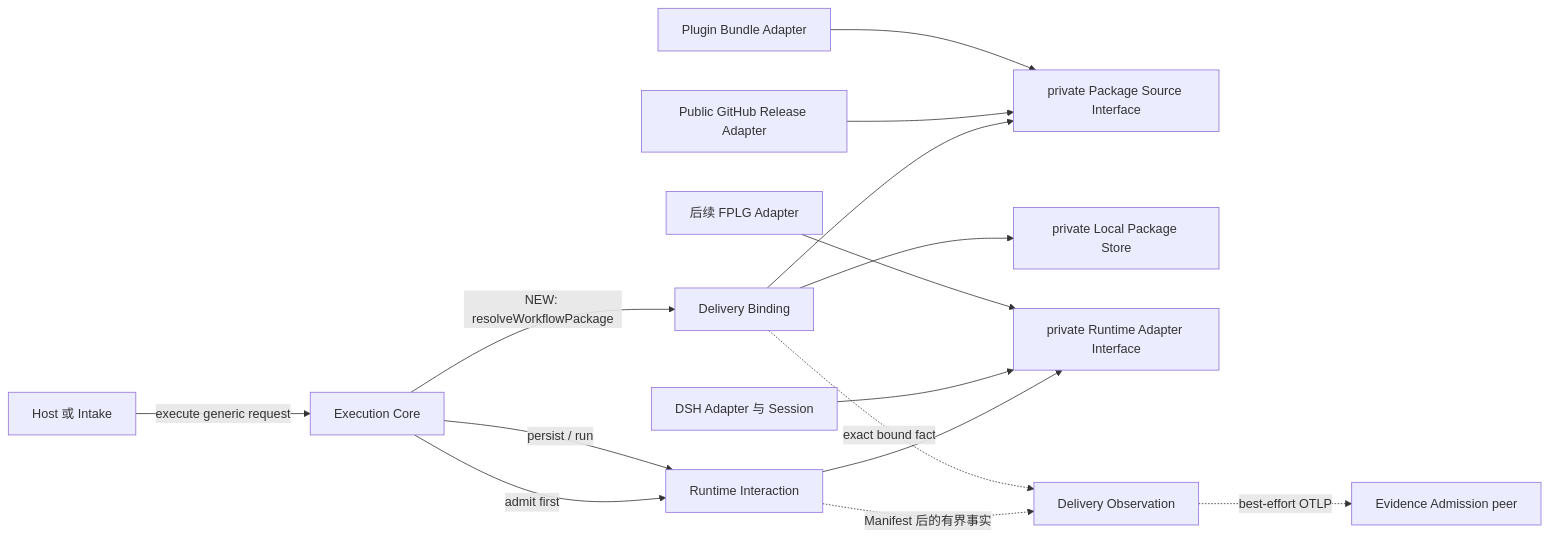
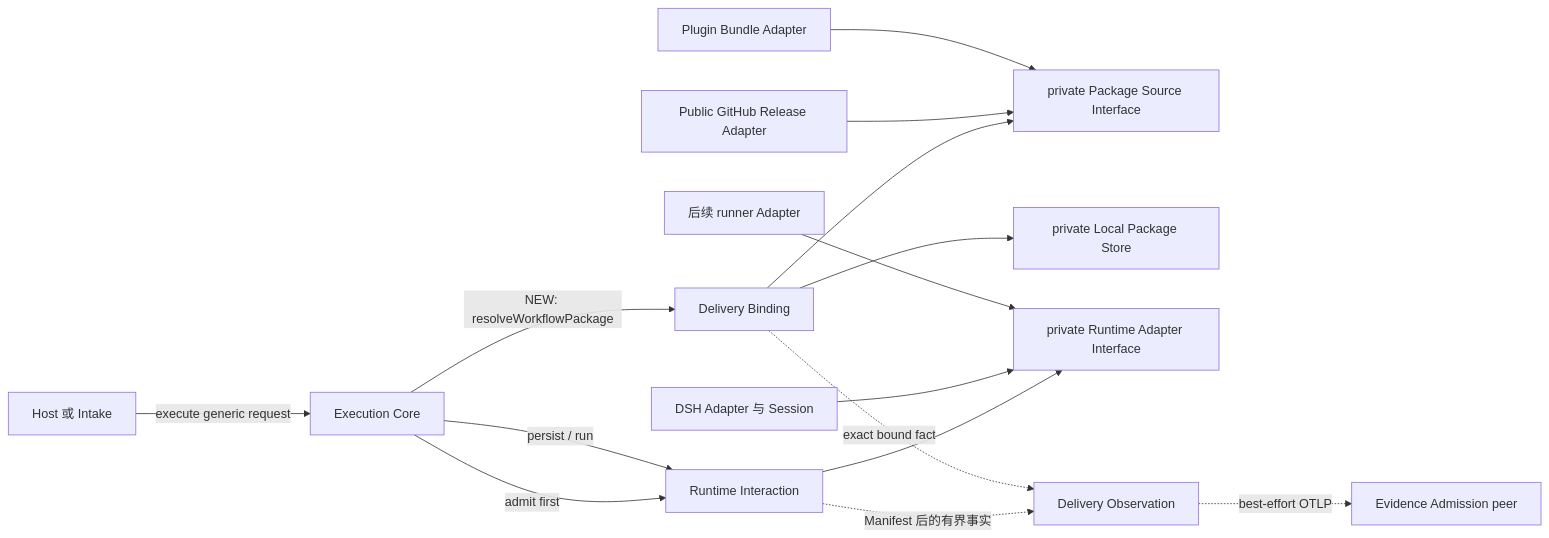
One commit to firestige/workflow-self-recursive changed the first of 4 diagrams in docs/systems/execution/project-execution-system.zh-CN.md. Above: the diagram before and after it, drawn with Mermaid. The commit also changed other lines of this file and 14 other files, not shown here.

First line of the commit message:
docs: rename FPLG → runner and Agent Ops Ledger → workflow-self-recursive

````diff
--- a/docs/systems/execution/project-execution-system.zh-CN.md
+++ b/docs/systems/execution/project-execution-system.zh-CN.md
@@ -111,17 +111,17 @@
 ```mermaid
 flowchart LR
     Host[Host 或 Intake] -->|execute generic request| Core[Execution Core]
     Core -->|admit first| M02[Runtime Interaction]
     Core -->|NEW: resolveWorkflowPackage| M01[Delivery Binding]
     M01 --> Source[private Package Source Interface]
     GitHub[Public GitHub Release Adapter] --> Source
     Bundle[Plugin Bundle Adapter] --> Source
     M01 --> Store[private Local Package Store]
     Core -->|persist / run| M02
     M02 --> Runtime[private Runtime Adapter Interface]
     DSH[DSH Adapter 与 Session] --> Runtime
-    FPLG[后续 FPLG Adapter] --> Runtime
+    runner[后续 runner Adapter] --> Runtime
     M02 -. Manifest 后的有界事实 .-> M03[Delivery Observation]
     M01 -. exact bound fact .-> M03
     M03 -. best-effort OTLP .-> Evidence[Evidence Admission peer]
 ```
````
